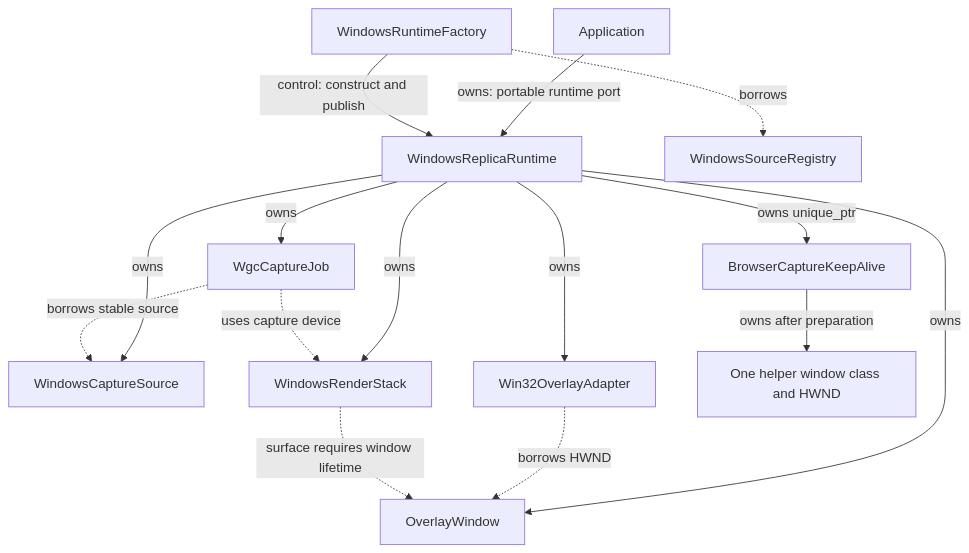
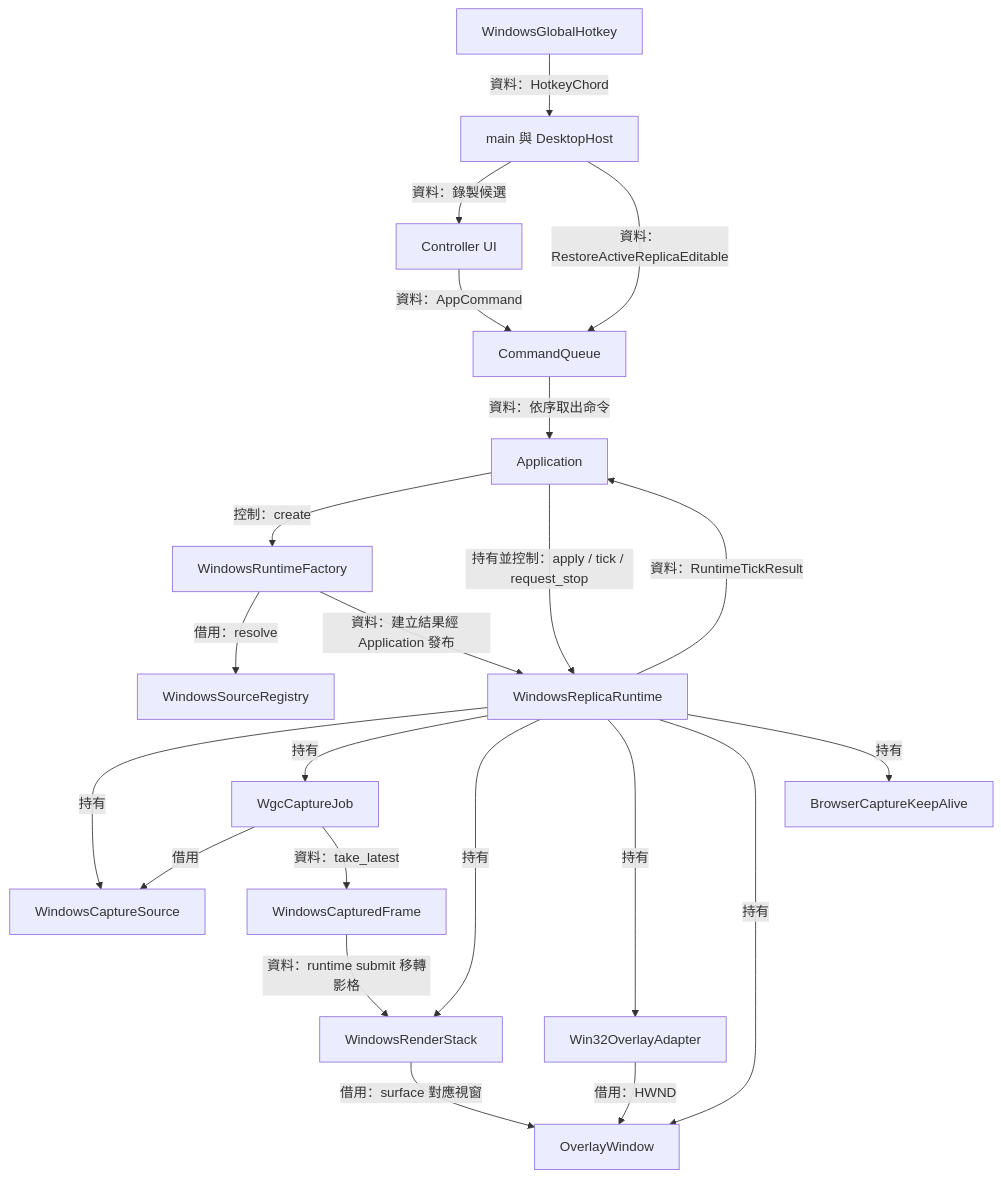
One commit to Mes0903/avb0795 changed the first of 17 diagrams in docs/architecture/windows-runtime-overlay.md. Above: the diagram before and after it, drawn with Mermaid. The commit also changed other lines of this file and 156 other files, not shown here.

````diff
--- a/docs/architecture/windows-runtime-overlay.md
+++ b/docs/architecture/windows-runtime-overlay.md
@@ -11,17 +3,24 @@
 ```mermaid
 flowchart TD
-    Application[Application] -->|owns: portable runtime port| Runtime[WindowsReplicaRuntime]
-    Factory[WindowsRuntimeFactory] -->|control: construct and publish| Runtime
-    Factory -.->|borrows| Registry[WindowsSourceRegistry]
-    Runtime -->|owns| Source[WindowsCaptureSource]
-    Runtime -->|owns| Overlay[OverlayWindow]
-    Runtime -->|owns| Adapter[Win32OverlayAdapter]
-    Runtime -->|owns| Render[WindowsRenderStack]
-    Runtime -->|owns| Job[WgcCaptureJob]
-    Runtime -->|owns unique_ptr| Helper[BrowserCaptureKeepAlive]
-    Helper -->|owns after preparation| HelperWindow[One helper window class and HWND]
-    Adapter -.->|borrows HWND| Overlay
-    Render -.->|surface requires window lifetime| Overlay
-    Job -.->|borrows stable source| Source
-    Job -.->|uses capture device| Render
+    UI[Controller UI] -->|資料：AppCommand| Queue[CommandQueue]
+    Hotkey[WindowsGlobalHotkey] -->|資料：HotkeyChord| Route[main 與 DesktopHost]
+    Route -->|資料：錄製候選| UI
+    Route -->|資料：RestoreActiveReplicaEditable| Queue
+    Queue -->|資料：依序取出命令| App[Application]
+    App -->|控制：create| Factory[WindowsRuntimeFactory]
+    Factory -->|借用：resolve| Registry[WindowsSourceRegistry]
+    Factory -->|資料：建立結果經 Application 發布| Runtime
+    App -->|持有並控制：apply / tick / request_stop| Runtime[WindowsReplicaRuntime]
+    Runtime -->|持有| Source[WindowsCaptureSource]
+    Runtime -->|持有| Job[WgcCaptureJob]
+    Runtime -->|持有| Render[WindowsRenderStack]
+    Runtime -->|持有| Adapter[Win32OverlayAdapter]
+    Runtime -->|持有| Overlay[OverlayWindow]
+    Runtime -->|持有| Helper[BrowserCaptureKeepAlive]
+    Job -->|借用| Source
+    Job -->|資料：take_latest| Frame[WindowsCapturedFrame]
+    Frame -->|資料：runtime submit 移轉影格| Render
+    Adapter -->|借用：HWND| Overlay
+    Render -->|借用：surface 對應視窗| Overlay
+    Runtime -->|資料：RuntimeTickResult| App
 ```
````
